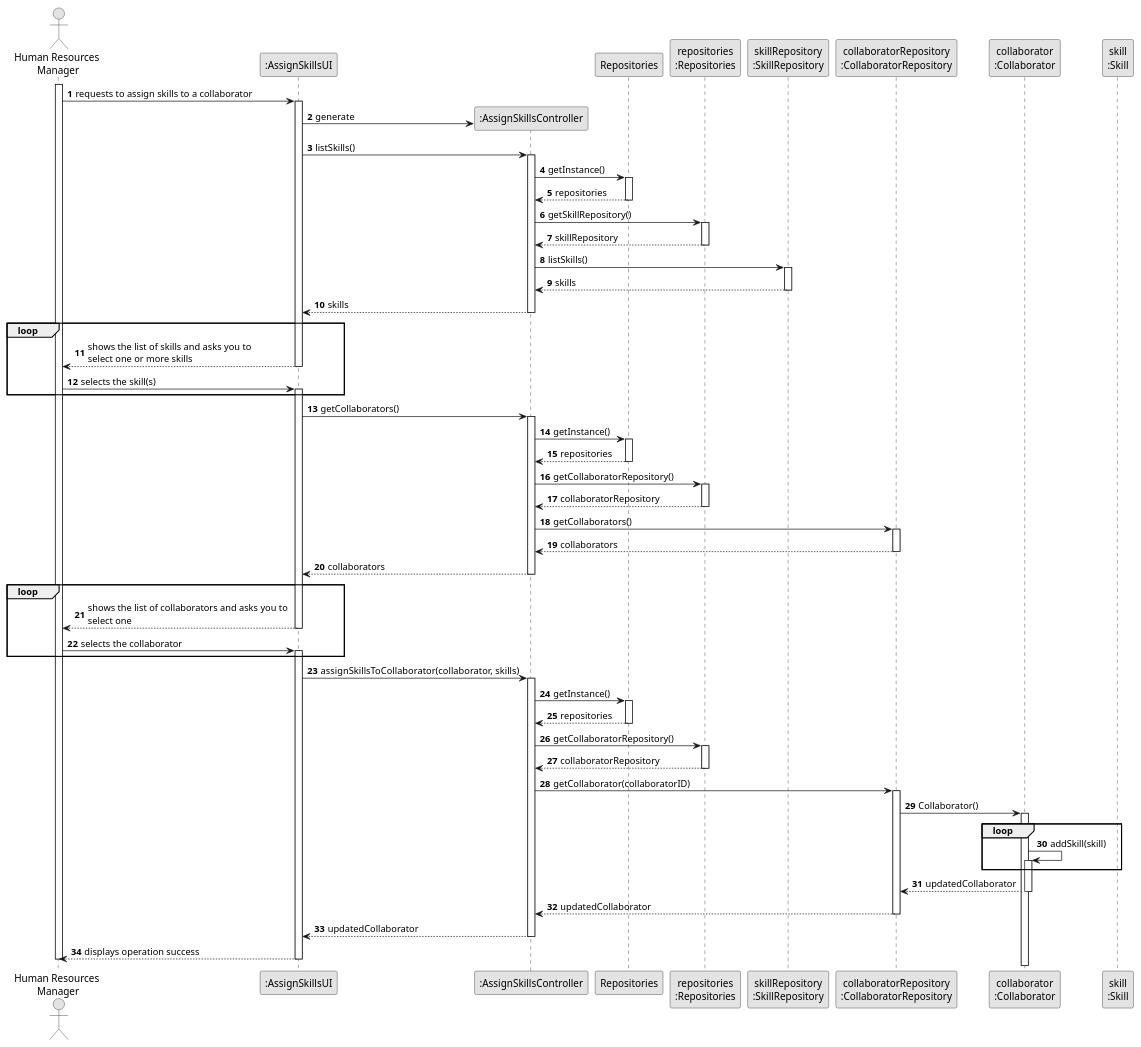
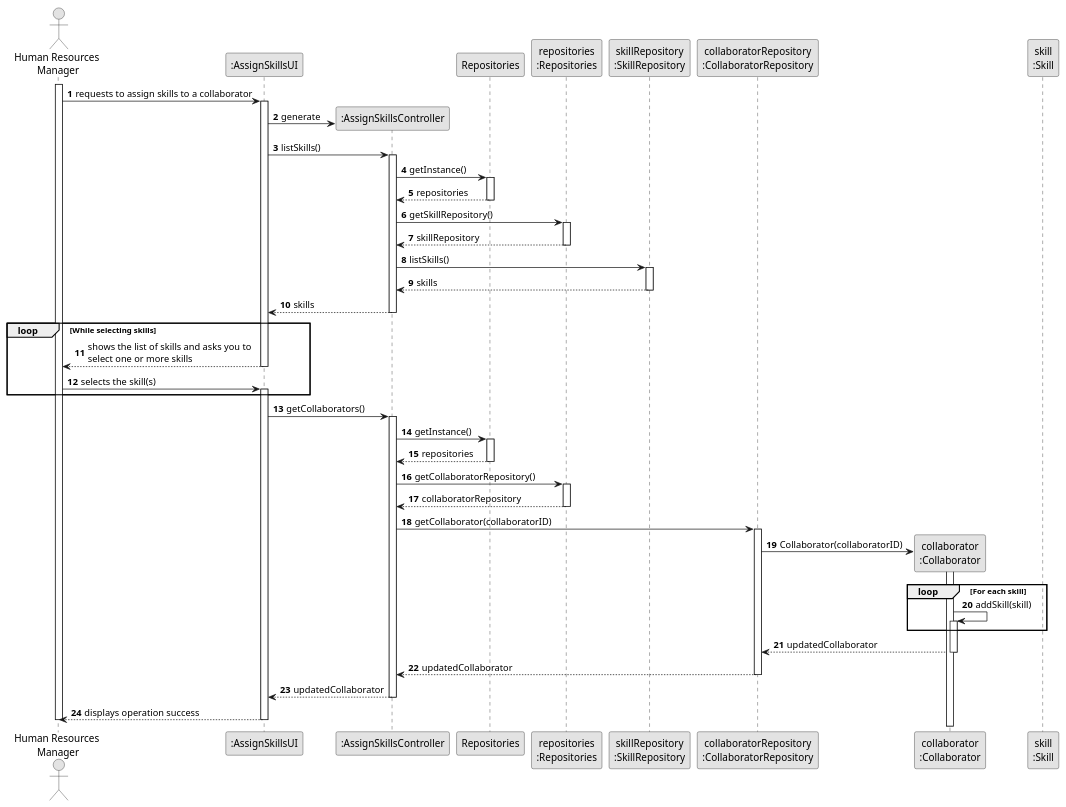
The diagram in docs/sprintB/us004/03.design/puml/us004-sequence-diagram-full.puml (diogoveirospro/lei-24-s2-1dg-g072), drawn with PlantUML before and after one commit.

Commit message:
US004 full diagram

```diff
--- a/docs/sprintB/us004/03.design/puml/us004-sequence-diagram-full.puml
+++ b/docs/sprintB/us004/03.design/puml/us004-sequence-diagram-full.puml
@@ -1,129 +1,96 @@
-@@startuml
- skinparam monochrome true
- skinparam packageStyle rectangle
- skinparam shadowing false
+@startuml
+skinparam monochrome true
+skinparam packageStyle rectangle
+skinparam shadowing false
 
- autonumber
+autonumber
 
- actor "Human Resources\n Manager" as HRM
- participant ":AssignSkillsUI" as UI
- participant ":AssignSkillsController" as CTRL
- participant Repositories
- participant "repositories\n:Repositories" as REP
- participant "skillRepository\n:SkillRepository" as SKILLREP
- participant "collaboratorRepository\n:CollaboratorRepository" as COLREP
- participant "collaborator\n:Collaborator" as COLLAB
- participant "skill\n:Skill" as SKILL
+actor "Human Resources\n Manager" as HRM
+participant ":AssignSkillsUI" as UI
+participant ":AssignSkillsController" as CTRL
+participant Repositories
+participant "repositories\n:Repositories" as REP
+participant "skillRepository\n:SkillRepository" as SKILLREP
+participant "collaboratorRepository\n:CollaboratorRepository" as COLREP
+participant "collaborator\n:Collaborator" as COLLAB
+participant "skill\n:Skill" as SKILL
 
- activate HRM
+activate HRM
 
-     HRM -> UI : requests to assign skills to a collaborator
-     activate UI
+HRM -> UI : requests to assign skills to a collaborator
+activate UI
 
-         UI -> CTRL** : generate
+UI -> CTRL** : generate
 
-         UI -> CTRL : listSkills()
-         activate CTRL
+UI -> CTRL : listSkills()
+activate CTRL
 
-            CTRL -> Repositories: getInstance()
-            activate Repositories
+CTRL -> Repositories: getInstance()
+activate Repositories
 
-                 Repositories --> CTRL: repositories
-            deactivate Repositories
+Repositories --> CTRL: repositories
+deactivate Repositories
 
-            CTRL -> REP: getSkillRepository()
-            activate REP
+CTRL -> REP: getSkillRepository()
+activate REP
 
-                 REP --> CTRL: skillRepository
-            deactivate REP
+REP --> CTRL: skillRepository
+deactivate REP
 
-             CTRL -> SKILLREP : listSkills()
-             activate SKILLREP
+CTRL -> SKILLREP : listSkills()
+activate SKILLREP
 
-                 SKILLREP --> CTRL : skills
-             deactivate SKILLREP
+SKILLREP --> CTRL : skills
+deactivate SKILLREP
 
-             CTRL --> UI : skills
-         deactivate CTRL
+CTRL --> UI : skills
+deactivate CTRL
 
-     loop
-         UI --> HRM: shows the list of skills and asks you to \nselect one or more skills
-     deactivate UI
+loop While selecting skills
+    UI --> HRM: shows the list of skills and asks you to \nselect one or more skills
+    deactivate UI
 
-     HRM -> UI: selects the skill(s)
-     activate UI
+    HRM -> UI: selects the skill(s)
+    activate UI
+end
 
-     end
+UI -> CTRL: getCollaborators()
+activate CTRL
 
-         UI -> CTRL: getCollaborators()
-         activate CTRL
+CTRL -> Repositories: getInstance()
+activate Repositories
 
-             CTRL -> Repositories: getInstance()
-             activate Repositories
+Repositories --> CTRL: repositories
+deactivate Repositories
 
-                 Repositories --> CTRL: repositories
-             deactivate Repositories
+CTRL -> REP: getCollaboratorRepository()
+activate REP
 
-             CTRL -> REP: getCollaboratorRepository()
-             activate REP
+REP --> CTRL: collaboratorRepository
+deactivate REP
 
-                 REP --> CTRL: collaboratorRepository
-             deactivate REP
+CTRL -> COLREP: getCollaborator(collaboratorID)
+activate COLREP
 
-             CTRL -> COLREP: getCollaborators()
-             activate COLREP
+COLREP -> COLLAB**: Collaborator(collaboratorID)
+activate COLLAB
 
-                 COLREP --> CTRL: collaborators
-             deactivate COLREP
+loop For each skill
+    COLLAB -> COLLAB: addSkill(skill)
+    activate COLLAB
+end
 
-             CTRL --> UI: collaborators
-         deactivate CTRL
+COLLAB --> COLREP: updatedCollaborator
+deactivate COLLAB
 
-     loop
-         UI --> HRM: shows the list of collaborators and asks you to \nselect one
-     deactivate UI
+COLREP --> CTRL: updatedCollaborator
+deactivate COLREP
 
-     HRM -> UI: selects the collaborator
-     activate UI
+CTRL --> UI: updatedCollaborator
+deactivate CTRL
 
-     end
+UI --> HRM: displays operation success
+deactivate UI
 
-         UI -> CTRL: assignSkillsToCollaborator(collaborator, skills)
-         activate CTRL
-
-             CTRL -> Repositories: getInstance()
-             activate Repositories
-
-                 Repositories --> CTRL: repositories
-             deactivate Repositories
-
-             CTRL -> REP: getCollaboratorRepository()
-             activate REP
-
-                 REP --> CTRL: collaboratorRepository
-             deactivate REP
-
-             CTRL -> COLREP: getCollaborator(collaboratorID)
-             activate COLREP
-
-                 COLREP -> COLLAB: Collaborator()
-                 activate COLLAB
-                 loop
-                     COLLAB -> COLLAB: addSkill(skill)
-                     activate COLLAB
-                 end
-                 COLLAB --> COLREP: updatedCollaborator
-                 deactivate COLLAB
-
-                 COLREP --> CTRL: updatedCollaborator
-             deactivate COLREP
-
-             CTRL --> UI: updatedCollaborator
-         deactivate CTRL
-
-         UI --> HRM: displays operation success
-     deactivate UI
-
- deactivate HRM
-
- @enduml
+deactivate HRM
+@enduml
```
